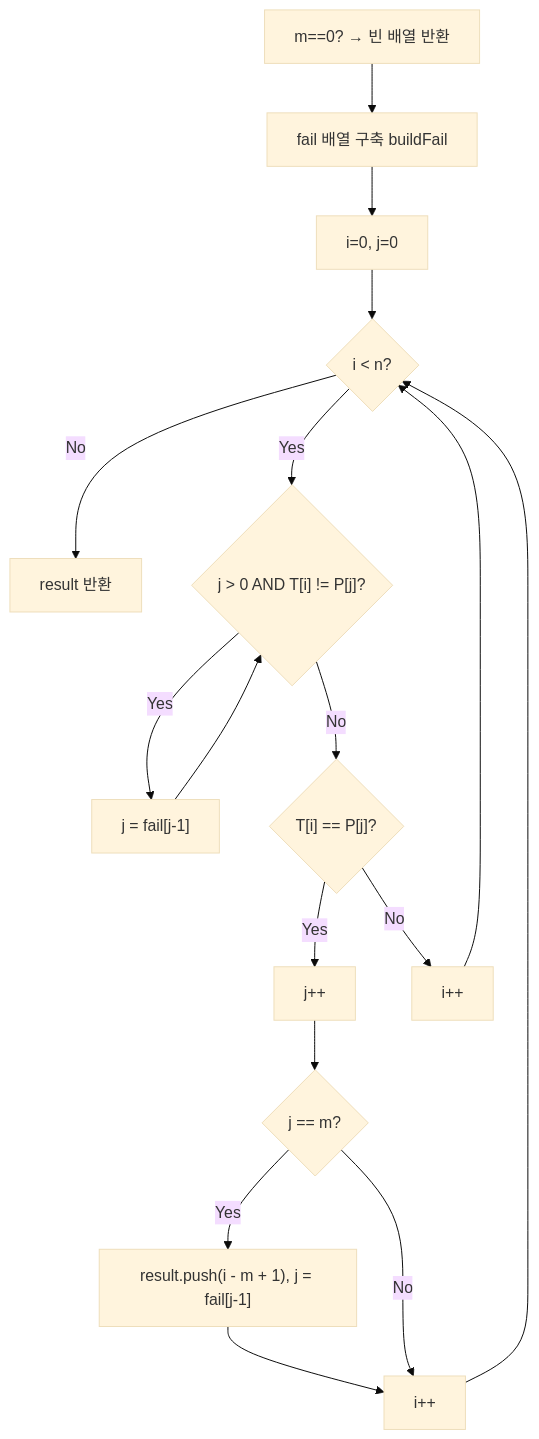
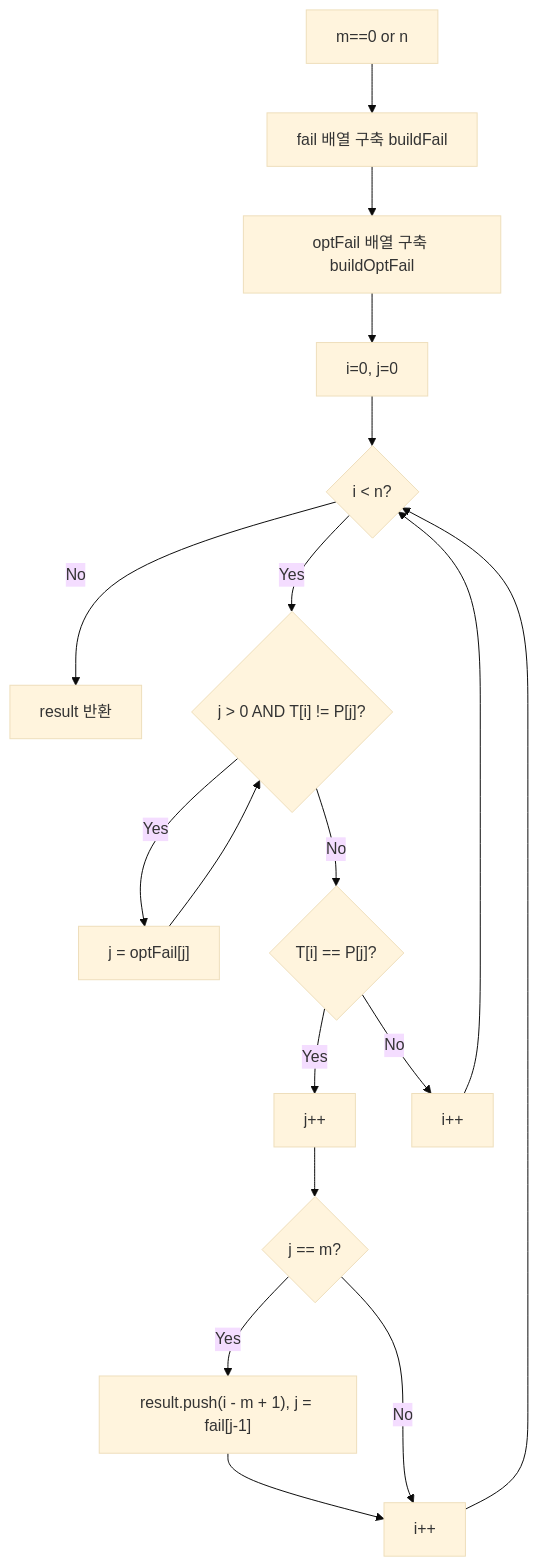
The diagram in src/algorithms/string/findAllOccurrences/findAllOccurrences-guide.mdx (centurio1987/grow-up-programming), drawn with Mermaid (base theme) before and after one commit. The commit also changed other lines of this file and 16 other files, not shown here.

````diff
--- a/src/algorithms/string/findAllOccurrences/findAllOccurrences-guide.mdx
+++ b/src/algorithms/string/findAllOccurrences/findAllOccurrences-guide.mdx
@@ -261,19 +358,20 @@
 ```mermaid
 flowchart TD
-    A[m==0? → 빈 배열 반환] --> B[fail 배열 구축 buildFail]
-    B --> C[i=0, j=0]
-    C --> D{i < n?}
-    D -- No --> Z[result 반환]
+    A["m==0 or n<m? → 빈 배열 반환"] --> B["fail 배열 구축 buildFail"]
+    B --> B2["optFail 배열 구축 buildOptFail"]
+    B2 --> C["i=0, j=0"]
+    C --> D{"i < n?"}
+    D -- No --> Z["result 반환"]
     D -- Yes --> E{"j > 0 AND T[i] != P[j]?"}
-    E -- Yes --> F["j = fail[j-1]"]
+    E -- Yes --> F["j = optFail[j]"]
     F --> E
     E -- No --> G{"T[i] == P[j]?"}
-    G -- Yes --> H[j++]
-    G -- No --> I[i++]
-    H --> J{j == m?}
+    G -- Yes --> H["j++"]
+    G -- No --> I["i++"]
+    H --> J{"j == m?"}
     J -- Yes --> K["result.push(i - m + 1), j = fail[j-1]"]
-    K --> L[i++]
+    K --> L["i++"]
     J -- No --> L
     L --> D
     I --> D
 ```
````
